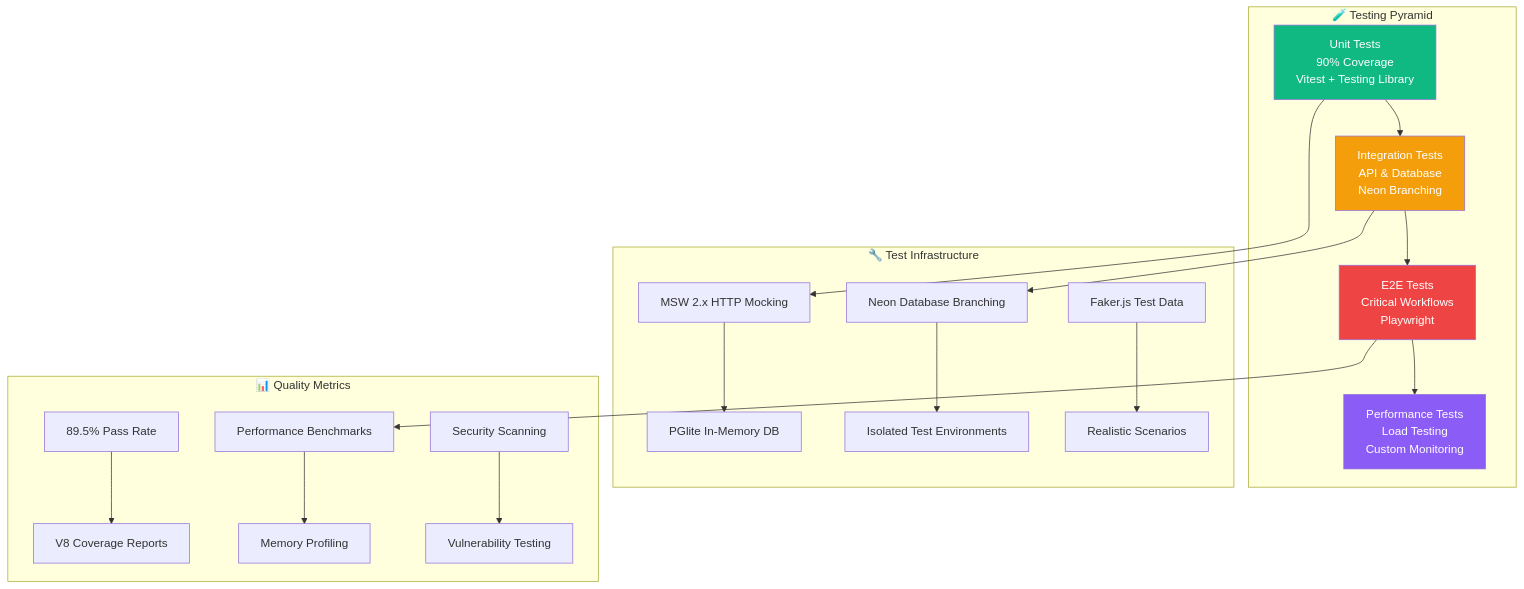
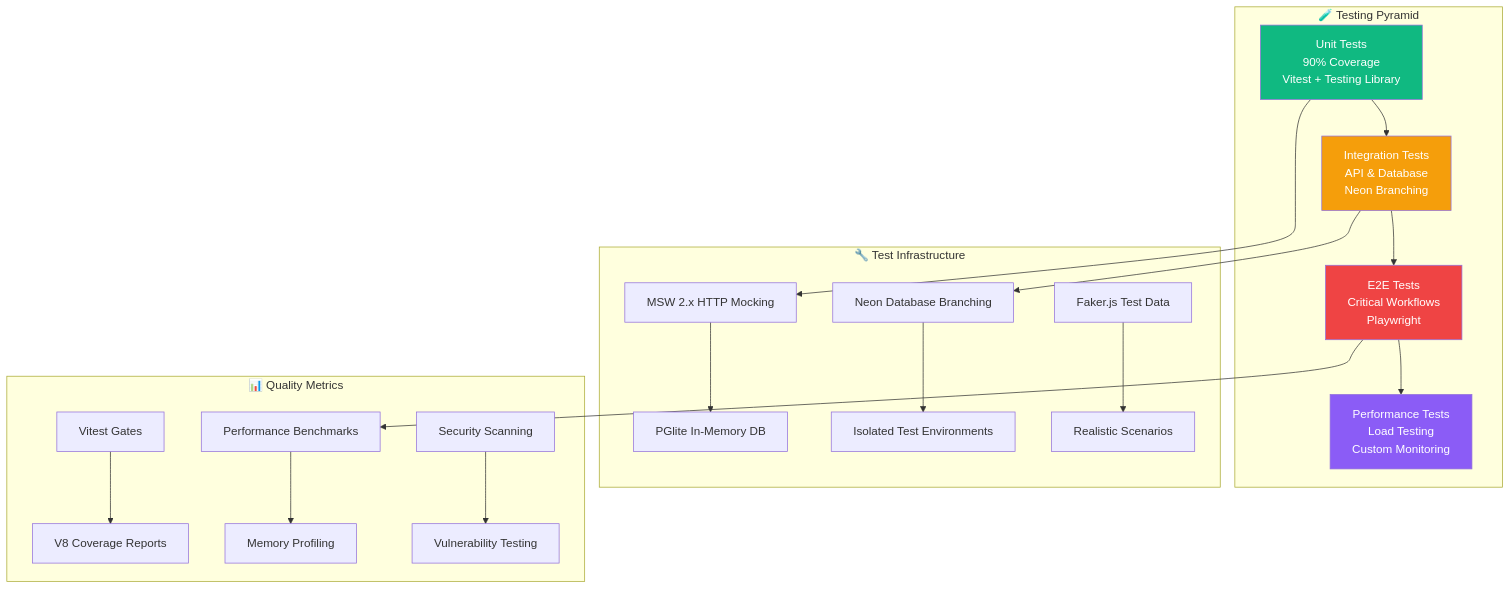
The third of 4 diagrams in docs/executive-summary.md (BjornMelin/contribux), drawn with Mermaid before and after one commit. The commit also changed other lines of this file and 79 other files, not shown here.

````diff
--- a/docs/executive-summary.md
+++ b/docs/executive-summary.md
@@ -111,29 +111,29 @@
 ```mermaid
 graph TB
     subgraph "🧪 Testing Pyramid"
         A[Unit Tests<br/>90% Coverage<br/>Vitest + Testing Library] --> B[Integration Tests<br/>API & Database<br/>Neon Branching]
         B --> C[E2E Tests<br/>Critical Workflows<br/>Playwright]
         C --> D[Performance Tests<br/>Load Testing<br/>Custom Monitoring]
     end
     
     subgraph "🔧 Test Infrastructure"
         E[MSW 2.x HTTP Mocking] --> F[PGlite In-Memory DB]
         G[Neon Database Branching] --> H[Isolated Test Environments]
         I[Faker.js Test Data] --> J[Realistic Scenarios]
     end
     
     subgraph "📊 Quality Metrics"
-        K[89.5% Pass Rate] --> L[V8 Coverage Reports]
+        K[Vitest Gates] --> L[V8 Coverage Reports]
         M[Performance Benchmarks] --> N[Memory Profiling]
         O[Security Scanning] --> P[Vulnerability Testing]
     end
     
     A --> E
     B --> G
     C --> M
     
     style A fill:#10B981,color:#fff
     style B fill:#F59E0B,color:#fff
     style C fill:#EF4444,color:#fff
     style D fill:#8B5CF6,color:#fff
 ```
````
